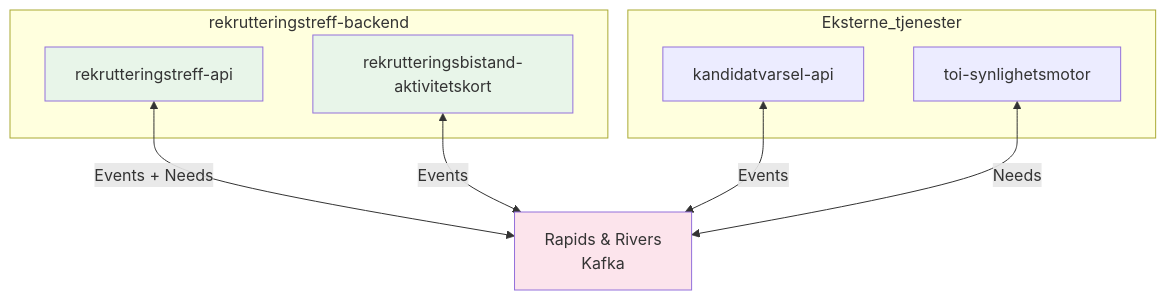
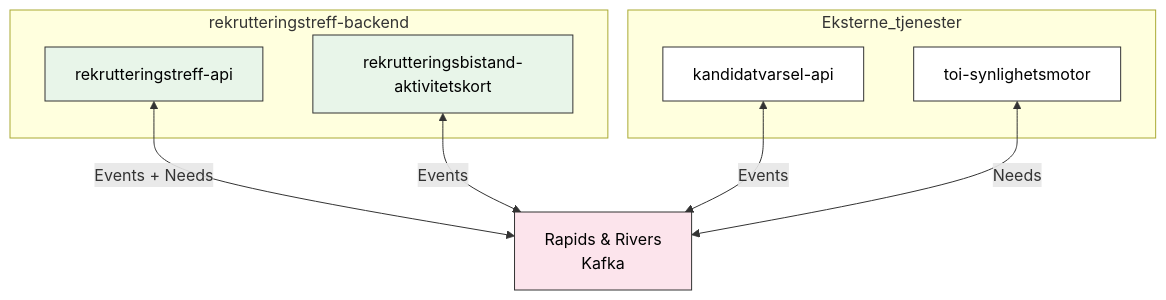
The diagram in docs/4-integrasjoner/rapids-and-rivers.md (navikt/rekrutteringstreff-backend), drawn with Mermaid before and after one commit. The commit also changed other lines of this file, not shown here.

Commit message:
Rydd opp i diagram fo r&r

````diff
--- a/docs/4-integrasjoner/rapids-and-rivers.md
+++ b/docs/4-integrasjoner/rapids-and-rivers.md
@@ -7,23 +7,25 @@
 ```mermaid
 graph TB
     subgraph "rekrutteringstreff-backend"
         API[rekrutteringstreff-api]
         AK[rekrutteringsbistand-aktivitetskort]
     end
 
     subgraph Eksterne_tjenester
         VARSEL[kandidatvarsel-api]
         SYN[toi-synlighetsmotor]
     end
 
     RAPIDS[Rapids & Rivers<br/>Kafka]
 
     API <-->|Events + Needs| RAPIDS
     AK <-->|Events| RAPIDS
     VARSEL <-->|Events| RAPIDS
     SYN <-->|Needs| RAPIDS
 
-    style API fill:#e8f5e9
-    style AK fill:#e8f5e9
-    style RAPIDS fill:#fce4ec
+    style API fill:#e8f5e9,color:#000,stroke:#333
+    style AK fill:#e8f5e9,color:#000,stroke:#333
+    style RAPIDS fill:#fce4ec,color:#000,stroke:#333
+    style VARSEL fill:#fff,color:#000,stroke:#333
+    style SYN fill:#fff,color:#000,stroke:#333
 ```
````
